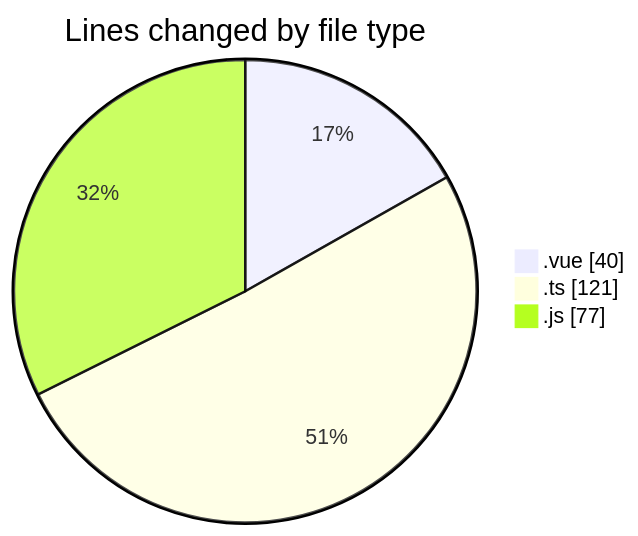
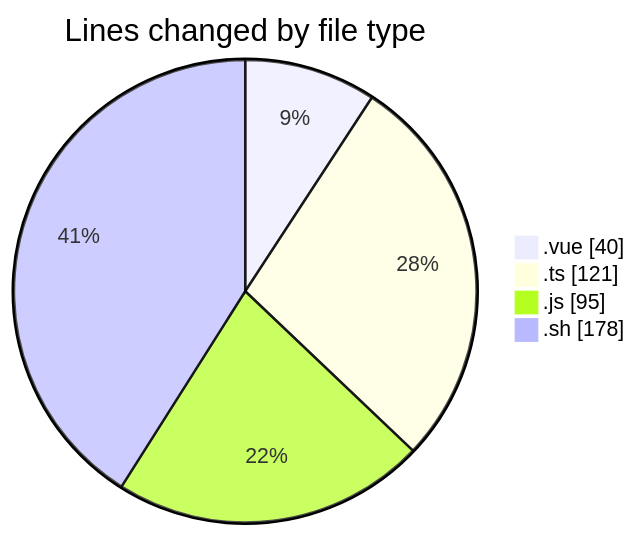
One commit to lephambinh05/code-tracking changed the first of 2 diagrams in 2025-08-19/rentotp/README.md. Above: the diagram before and after it, drawn with Mermaid. The commit also changed other lines of this file and 1 other file, not shown here.

````diff
--- a/2025-08-19/rentotp/README.md
+++ b/2025-08-19/rentotp/README.md
@@ -26,7 +28,8 @@
 ```mermaid
 pie showData
 title Lines changed by file type
 ".vue" : 40
 ".ts" : 121
-".js" : 77
+".js" : 95
+".sh" : 178
 ```
````
